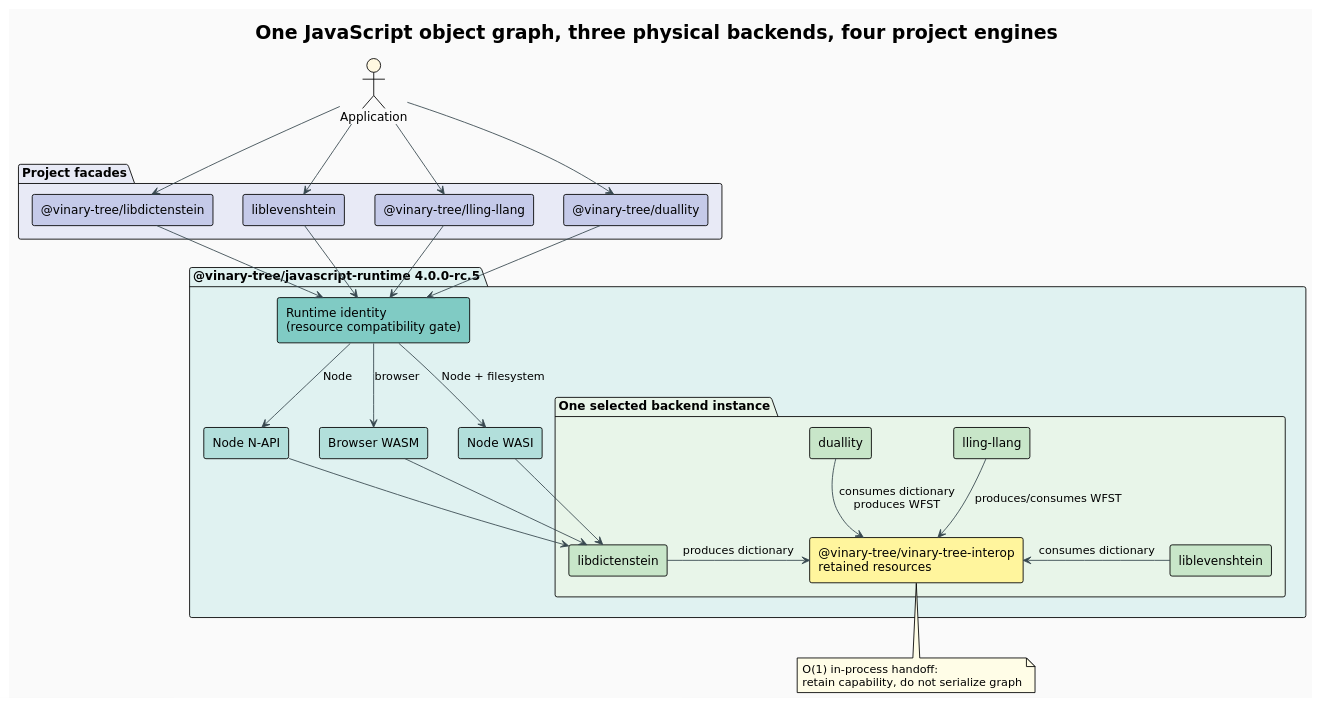
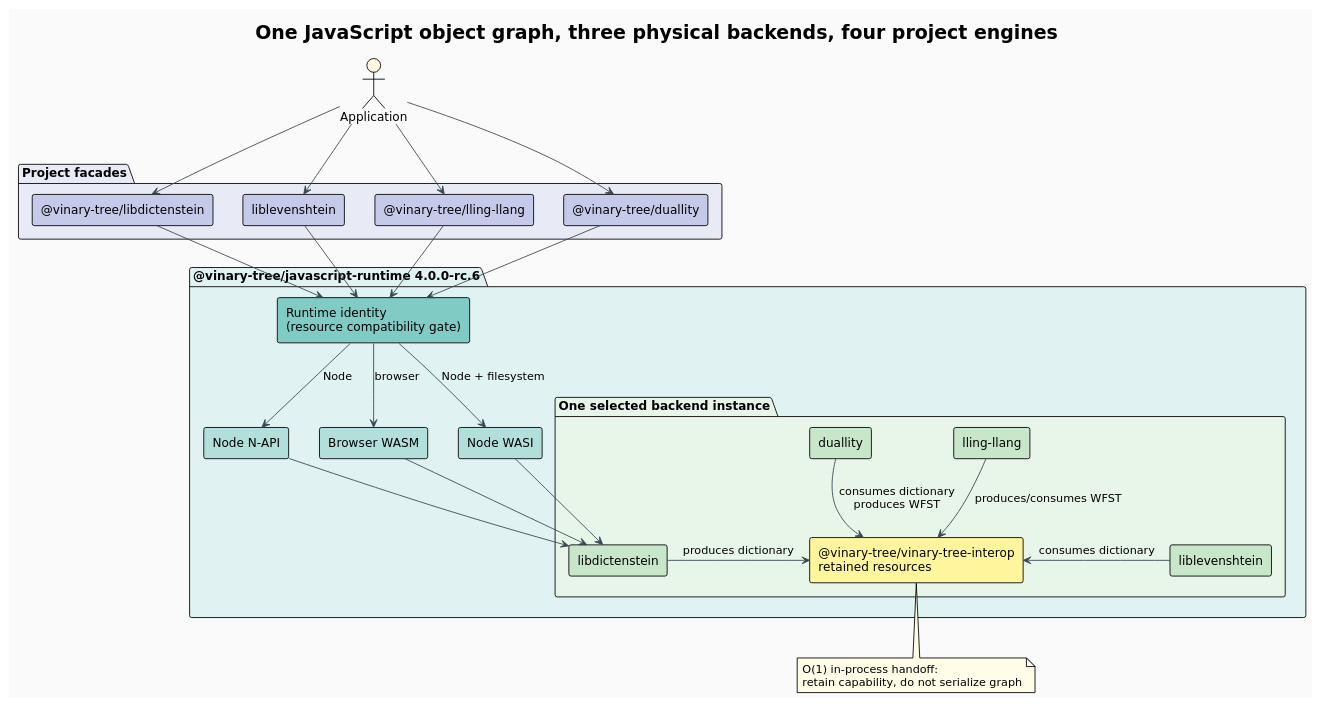
The diagram in docs/diagrams/runtime-architecture.puml (vinary-tree/javascript-runtime), drawn with PlantUML before and after one commit. The commit also changed 9 other files, not shown here.

First line of the commit message:
release(rc6): align the shared JavaScript runtime package identity

```diff
--- a/docs/diagrams/runtime-architecture.puml
+++ b/docs/diagrams/runtime-architecture.puml
@@ -1,56 +1,56 @@
 @startuml
 !theme plain
 skinparam backgroundColor #FAFAFA
 skinparam shadowing false
 skinparam componentStyle rectangle
 skinparam ArrowColor #37474F
 skinparam defaultFontName DejaVu Sans
 title One JavaScript object graph, three physical backends, four project engines
 
 actor "Application" as app #FFF8E1
 
 package "Project facades" #E8EAF6 {
   component "@vinary-tree/libdictenstein" as dictFacade #C5CAE9
   component "liblevenshtein" as levFacade #C5CAE9
   component "@vinary-tree/lling-llang" as llingFacade #C5CAE9
   component "@vinary-tree/duallity" as dualFacade #C5CAE9
 }
 
-package "@vinary-tree/javascript-runtime 4.0.0-rc.5" #E0F2F1 {
+package "@vinary-tree/javascript-runtime 4.0.0-rc.6" #E0F2F1 {
   component "Runtime identity\n(resource compatibility gate)" as identity #80CBC4
   component "Node N-API" as napi #B2DFDB
   component "Browser WASM" as wasm #B2DFDB
   component "Node WASI" as wasi #B2DFDB
   package "One selected backend instance" #E8F5E9 {
     component "libdictenstein" as dict #C8E6C9
     component "liblevenshtein" as lev #C8E6C9
     component "lling-llang" as lling #C8E6C9
     component "duallity" as dual #C8E6C9
     component "@vinary-tree/vinary-tree-interop\nretained resources" as interop #FFF59D
   }
 }
 
 app --> dictFacade
 app --> levFacade
 app --> llingFacade
 app --> dualFacade
 dictFacade --> identity
 levFacade --> identity
 llingFacade --> identity
 dualFacade --> identity
 identity --> napi : Node
 identity --> wasm : browser
 identity --> wasi : Node + filesystem
 napi --> dict
 wasm --> dict
 wasi --> dict
 dict -right-> interop : produces dictionary
 lev -left-> interop : consumes dictionary
 dual --> interop : consumes dictionary\nproduces WFST
 lling --> interop : produces/consumes WFST
 
 note bottom of interop #FFFDE7
   O(1) in-process handoff:
   retain capability, do not serialize graph
 end note
 @enduml
```
